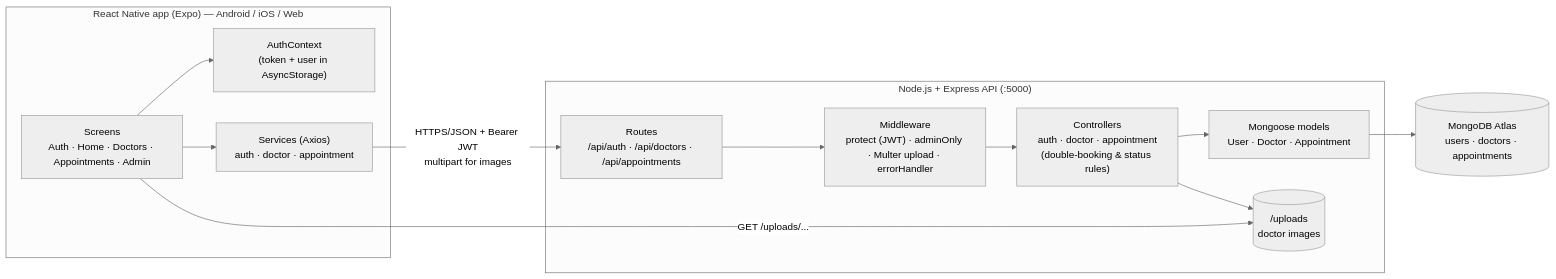
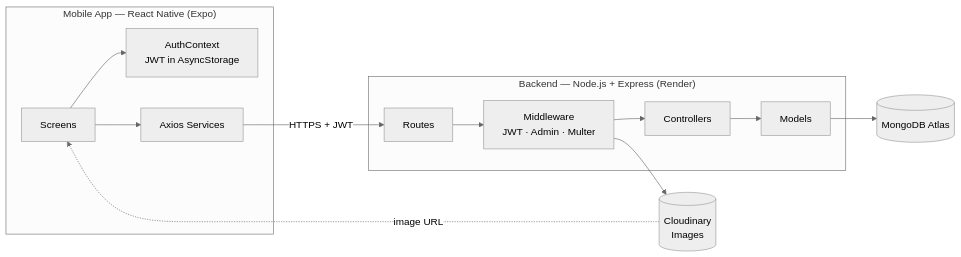
One commit to it21049736/mobile-clinic-appointment-system changed the diagram in System_Architecture_Diagram.md. Above: the diagram before and after it, drawn with Mermaid (neutral theme). The commit also changed other lines of this file, not shown here.

Commit message:
Simplify architecture diagram and add file structure

````diff
--- a/System_Architecture_Diagram.md
+++ b/System_Architecture_Diagram.md
@@ -3,26 +3,26 @@
 ```mermaid
 flowchart LR
-    subgraph Client["React Native app (Expo) — Android / iOS / Web"]
-        UI["Screens<br/>Auth · Home · Doctors · Appointments · Admin"]
-        CTX["AuthContext<br/>(token + user in AsyncStorage)"]
-        SVC["Services (Axios)<br/>auth · doctor · appointment"]
-        UI --> CTX
-        UI --> SVC
+    subgraph APP["Mobile App — React Native (Expo)"]
+        SCR["Screens"]
+        CTX["AuthContext<br/>JWT in AsyncStorage"]
+        SVC["Axios Services"]
+        SCR --> CTX
+        SCR --> SVC
     end
 
-    subgraph Server["Node.js + Express API (:5000)"]
-        R["Routes<br/>/api/auth · /api/doctors · /api/appointments"]
-        MW["Middleware<br/>protect (JWT) · adminOnly · Multer upload · errorHandler"]
-        C["Controllers<br/>auth · doctor · appointment<br/>(double-booking & status rules)"]
-        M["Mongoose models<br/>User · Doctor · Appointment"]
-        U[("/uploads<br/>doctor images")]
-        R --> MW --> C --> M
-        C --> U
+    subgraph API["Backend — Node.js + Express (Render)"]
+        RT["Routes"]
+        MW["Middleware<br/>JWT · Admin · Multer"]
+        CT["Controllers"]
+        MD["Models"]
+        RT --> MW --> CT --> MD
     end
 
-    DB[("MongoDB Atlas<br/>users · doctors · appointments")]
+    DB[("MongoDB Atlas")]
+    CL[("Cloudinary<br/>Images")]
 
-    SVC -- "HTTPS/JSON + Bearer JWT<br/>multipart for images" --> R
-    M --> DB
-    UI -- "GET /uploads/..." --> U
+    SVC -- "HTTPS + JWT" --> RT
+    MD --> DB
+    MW --> CL
+    CL -. "image URL" .-> SCR
 ```
````
